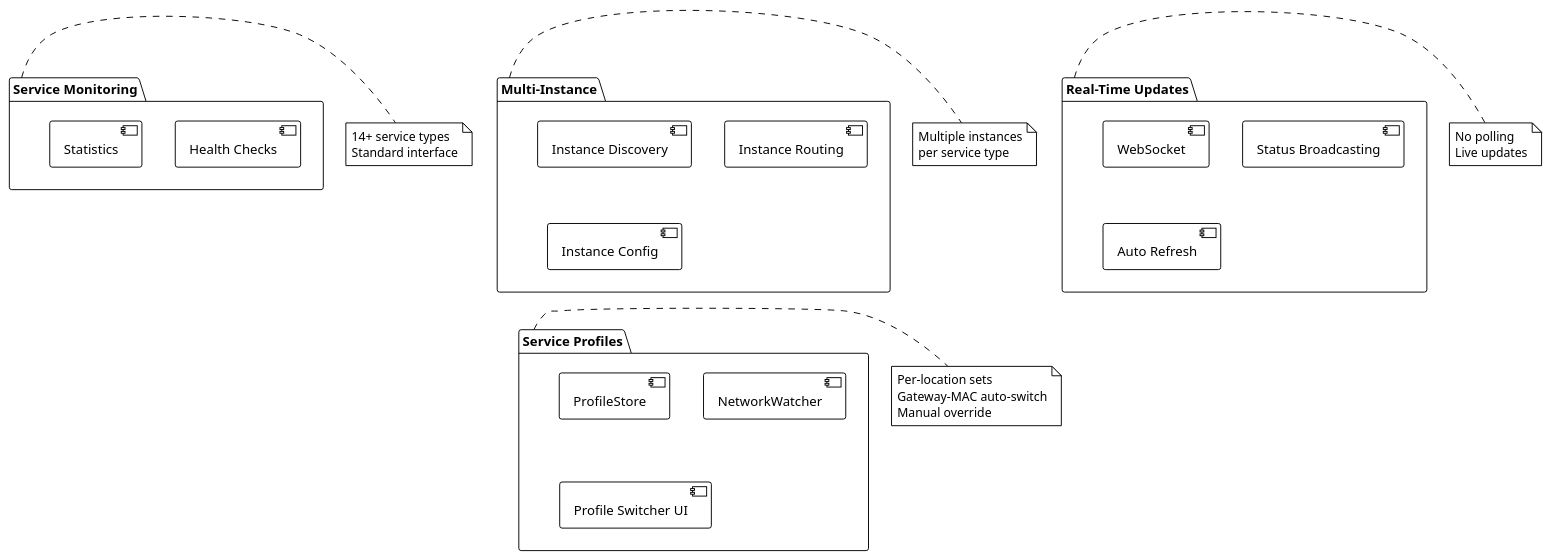
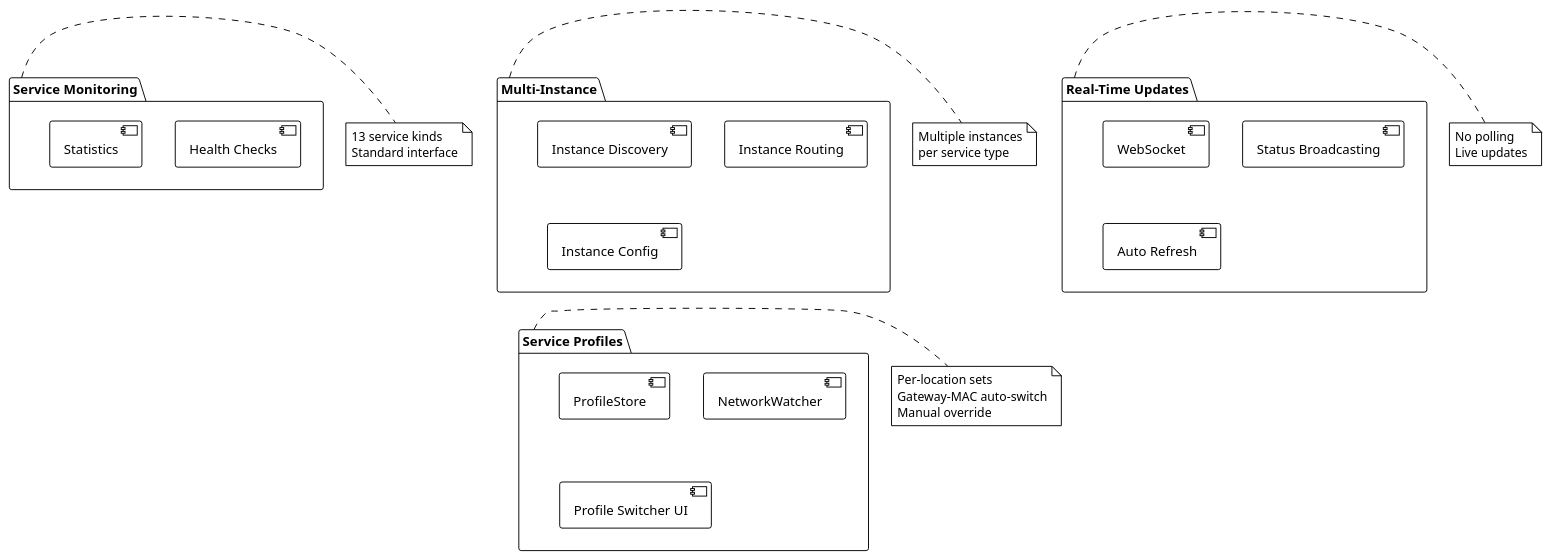
Before and after one commit to EraPartner/Watchman: the first of 2 diagrams in docs/features/index.md, drawn with PlantUML. The commit also changed other lines of this file and 33 other files, not shown here.

````diff
--- a/docs/features/index.md
+++ b/docs/features/index.md
@@ -47,49 +47,49 @@
 ```plantuml
 @startuml
 !theme plain
 
 package "Service Monitoring" as SM {
     [Health Checks]
     [Statistics]
 }
 
 package "Multi-Instance" as MI {
     [Instance Discovery]
     [Instance Routing]
     [Instance Config]
 }
 
 package "Real-Time Updates" as RT {
     [WebSocket]
     [Status Broadcasting]
     [Auto Refresh]
 }
 
 package "Service Profiles" as PR {
     [ProfileStore]
     [NetworkWatcher]
     [Profile Switcher UI]
 }
 
 note right of SM
-  14+ service types
+  13 service kinds
   Standard interface
 end note
 
 note right of MI
   Multiple instances
   per service type
 end note
 
 note right of RT
   No polling
   Live updates
 end note
 
 note right of PR
   Per-location sets
   Gateway-MAC auto-switch
   Manual override
 end note
 @enduml
 ```
````
